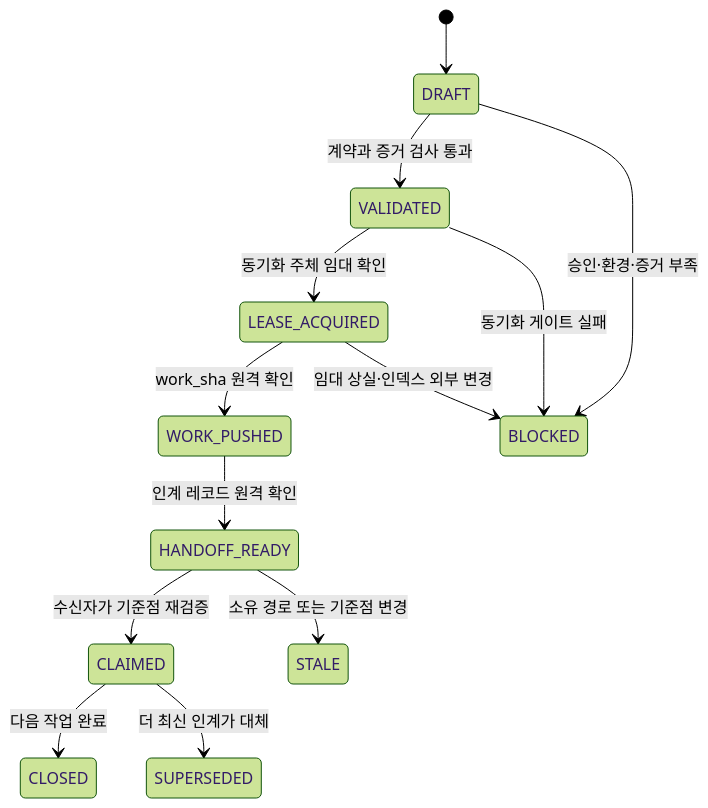
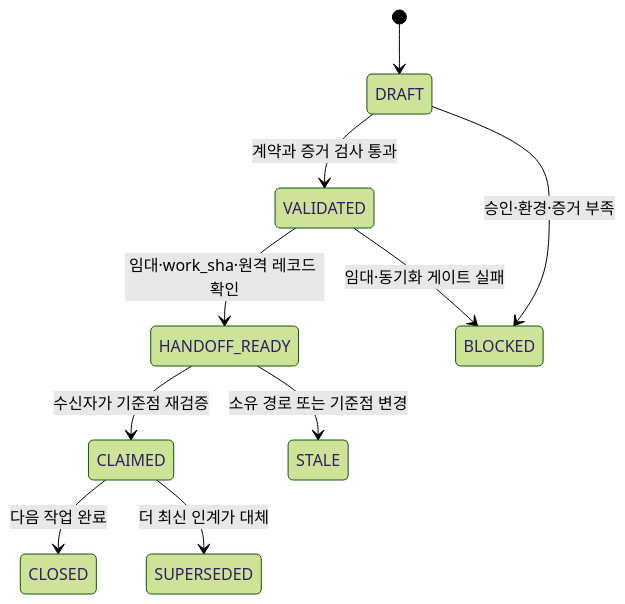
The diagram in shared/repository-sync/MIA_GITHUB_HANDOFF_DESIGN_2026-07-20.md (gyeomsVibe/260718_agentic-ai-platform-optimization), drawn with Mermaid (forest theme) before and after one commit. The commit also changed other lines of this file and 6 other files, not shown here.

````diff
--- a/shared/repository-sync/MIA_GITHUB_HANDOFF_DESIGN_2026-07-20.md
+++ b/shared/repository-sync/MIA_GITHUB_HANDOFF_DESIGN_2026-07-20.md
@@ -70,15 +70,12 @@
 ```mermaid
 stateDiagram-v2
   [*] --> DRAFT
   DRAFT --> VALIDATED: 계약과 증거 검사 통과
-  VALIDATED --> LEASE_ACQUIRED: 동기화 주체 임대 확인
-  LEASE_ACQUIRED --> WORK_PUSHED: work_sha 원격 확인
-  WORK_PUSHED --> HANDOFF_READY: 인계 레코드 원격 확인
+  VALIDATED --> HANDOFF_READY: 임대·work_sha·원격 레코드 확인
   HANDOFF_READY --> CLAIMED: 수신자가 기준점 재검증
   CLAIMED --> CLOSED: 다음 작업 완료
   CLAIMED --> SUPERSEDED: 더 최신 인계가 대체
   DRAFT --> BLOCKED: 승인·환경·증거 부족
-  VALIDATED --> BLOCKED: 동기화 게이트 실패
-  LEASE_ACQUIRED --> BLOCKED: 임대 상실·인덱스 외부 변경
+  VALIDATED --> BLOCKED: 임대·동기화 게이트 실패
   HANDOFF_READY --> STALE: 소유 경로 또는 기준점 변경
 ```
````
